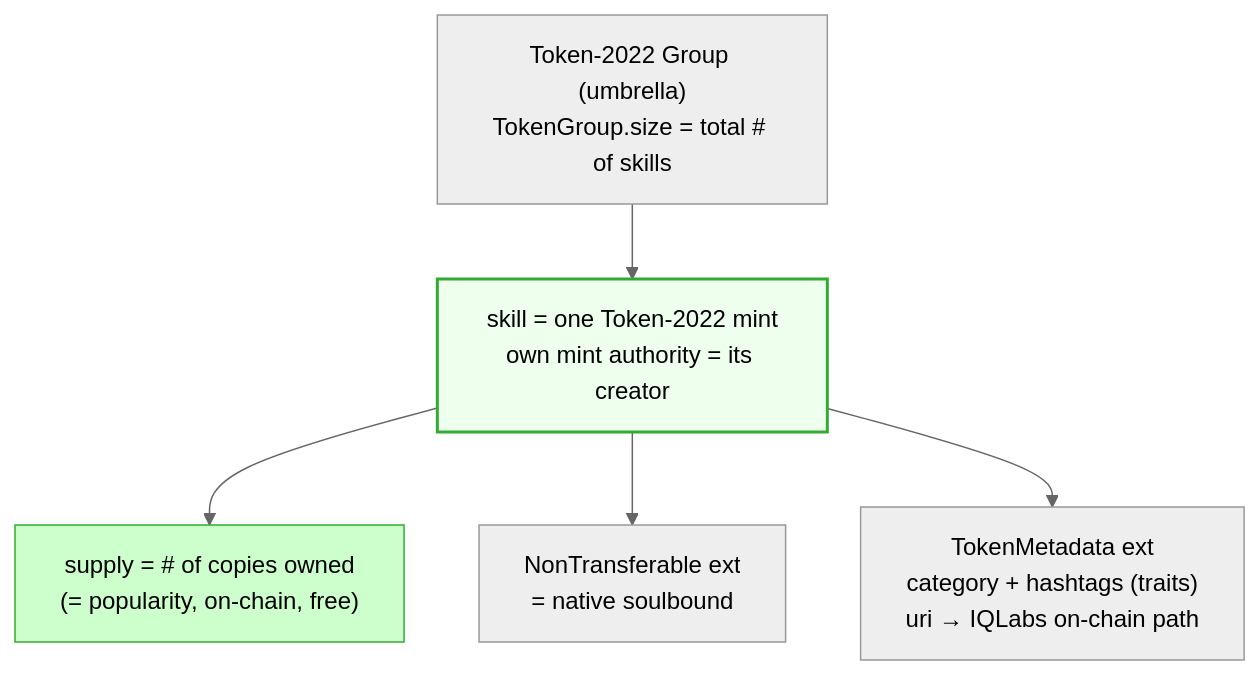
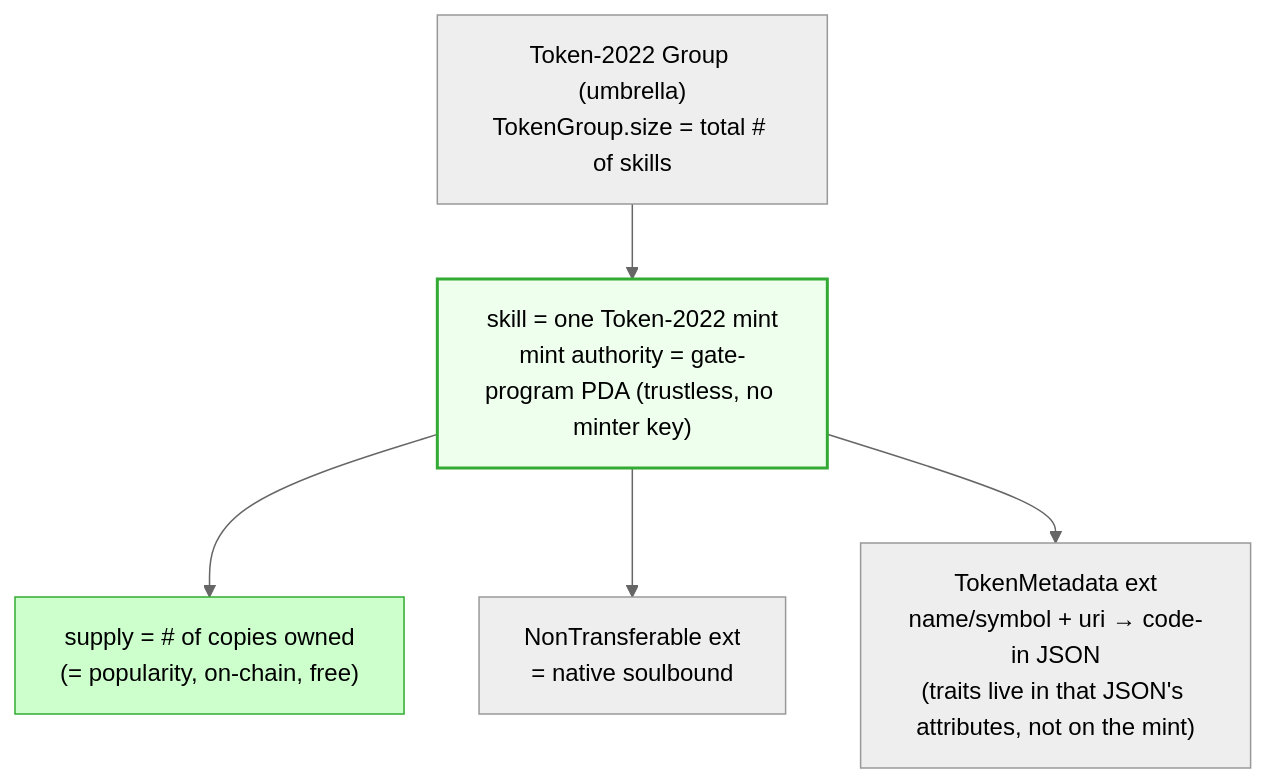
One commit to IQCoreTeam/AgentNet changed the first of 5 diagrams in plans/skill-nft-structure.md. Above: the diagram before and after it, drawn with Mermaid (neutral theme). The commit also changed other lines of this file and 5 other files, not shown here.

````diff
--- a/plans/skill-nft-structure.md
+++ b/plans/skill-nft-structure.md
@@ -44,10 +44,10 @@
 ```mermaid
 flowchart TB
     GRP["Token-2022 Group (umbrella)<br/>TokenGroup.size = total # of skills"]
-    GRP --> SK["skill = one Token-2022 mint<br/>own mint authority = its creator"]
+    GRP --> SK["skill = one Token-2022 mint<br/>mint authority = gate-program PDA (trustless, no minter key)"]
     SK --> SUP["supply = # of copies owned<br/>(= popularity, on-chain, free)"]
     SK --> NT["NonTransferable ext<br/>= native soulbound"]
-    SK --> MD["TokenMetadata ext<br/>category + hashtags (traits)<br/>uri → IQLabs on-chain path"]
+    SK --> MD["TokenMetadata ext<br/>name/symbol + uri → code-in JSON<br/>(traits live in that JSON's attributes, not on the mint)"]
     style SK fill:#efe,stroke:#3a3,stroke-width:2px
     style SUP fill:#cfc,stroke:#3a3
 ```
````
